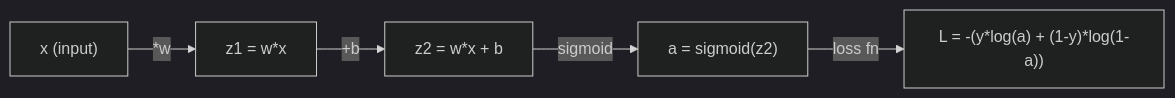
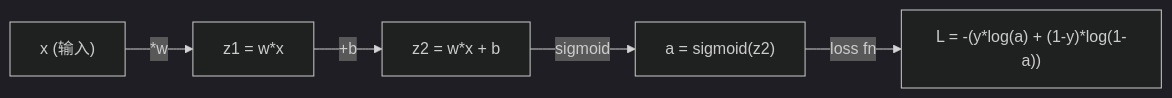
One commit to guangningsun/ailearning changed the first of 4 diagrams in lessons/01-math-foundations/04-calculus-for-ml/docs/zh.md. Above: the diagram before and after it, drawn with Mermaid (dark theme). The commit also changed other lines of this file and 53 other files, not shown here.

````diff
--- a/lessons/01-math-foundations/04-calculus-for-ml/docs/zh.md
+++ b/lessons/01-math-foundations/04-calculus-for-ml/docs/zh.md
@@ -330,7 +330,7 @@
 ```mermaid
 graph LR
-    x["x (input)"] -->|"*w"| z1["z1 = w*x"]
+    x["x (输入)"] -->|"*w"| z1["z1 = w*x"]
     z1 -->|"+b"| z2["z2 = w*x + b"]
     z2 -->|"sigmoid"| a["a = sigmoid(z2)"]
     a -->|"loss fn"| L["L = -(y*log(a) + (1-y)*log(1-a))"]
 ```
````
